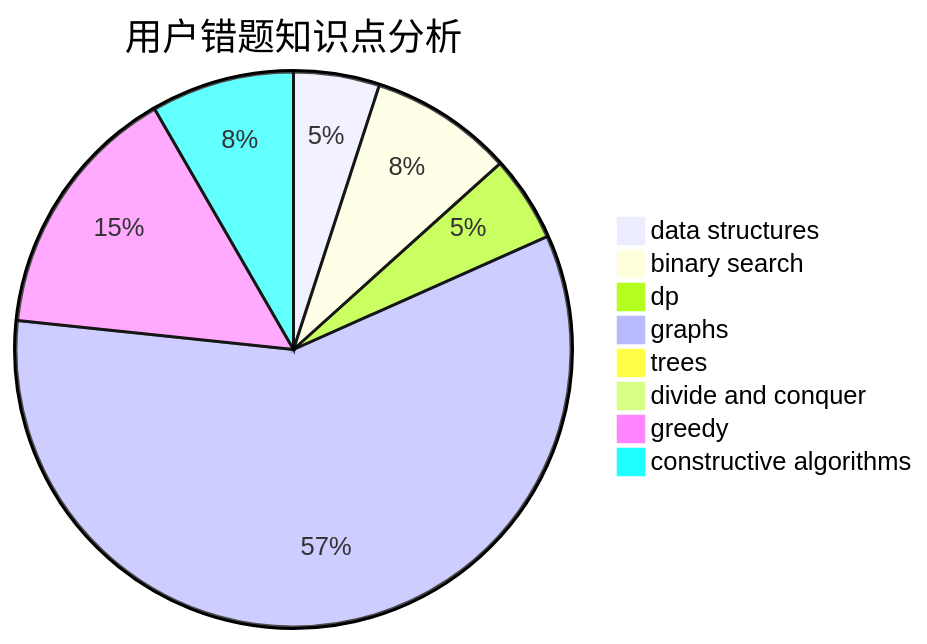
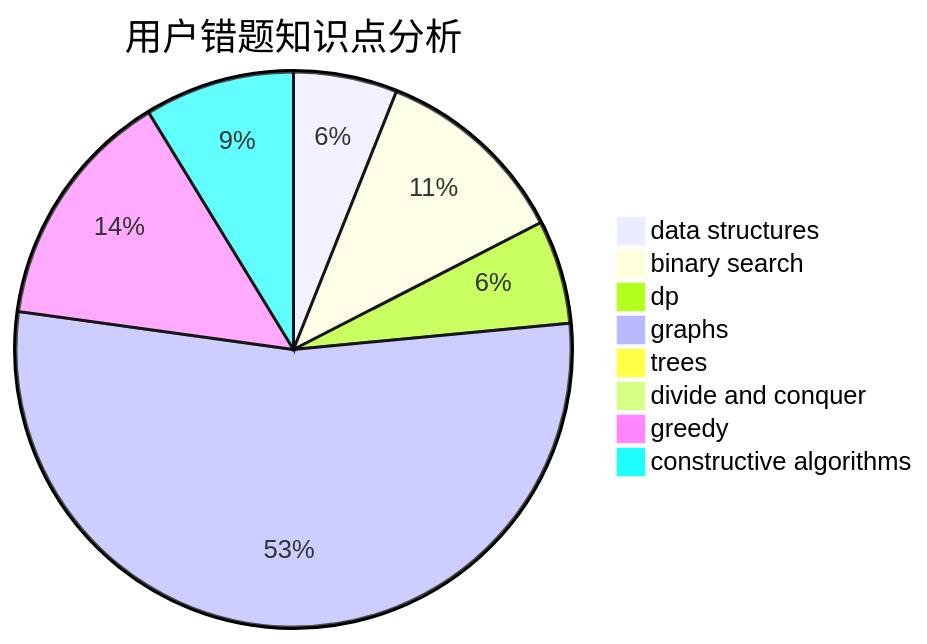
One commit to sherpahu/cfrs.github.io changed the third of 3 diagrams in docs/user/u2327.md. Above: the diagram before and after it, drawn with Mermaid. The commit also changed other lines of this file and 2770 other files, not shown here.

````diff
--- a/docs/user/u2327.md
+++ b/docs/user/u2327.md
@@ -36,11 +36,11 @@
 ```mermaid
 pie title 用户错题知识点分析
-    "data structures" :  6
-    "binary search" :  10
-    "dp" :  6
-    "graphs" :  70
+    "data structures" :  9
+    "binary search" :  17
+    "dp" :  9
+    "graphs" :  80
     "trees" :  1
     "divide and conquer" :  1
-    "greedy" :  18
-    "constructive algorithms" :  10
+    "greedy" :  21
+    "constructive algorithms" :  13
 ```
````
